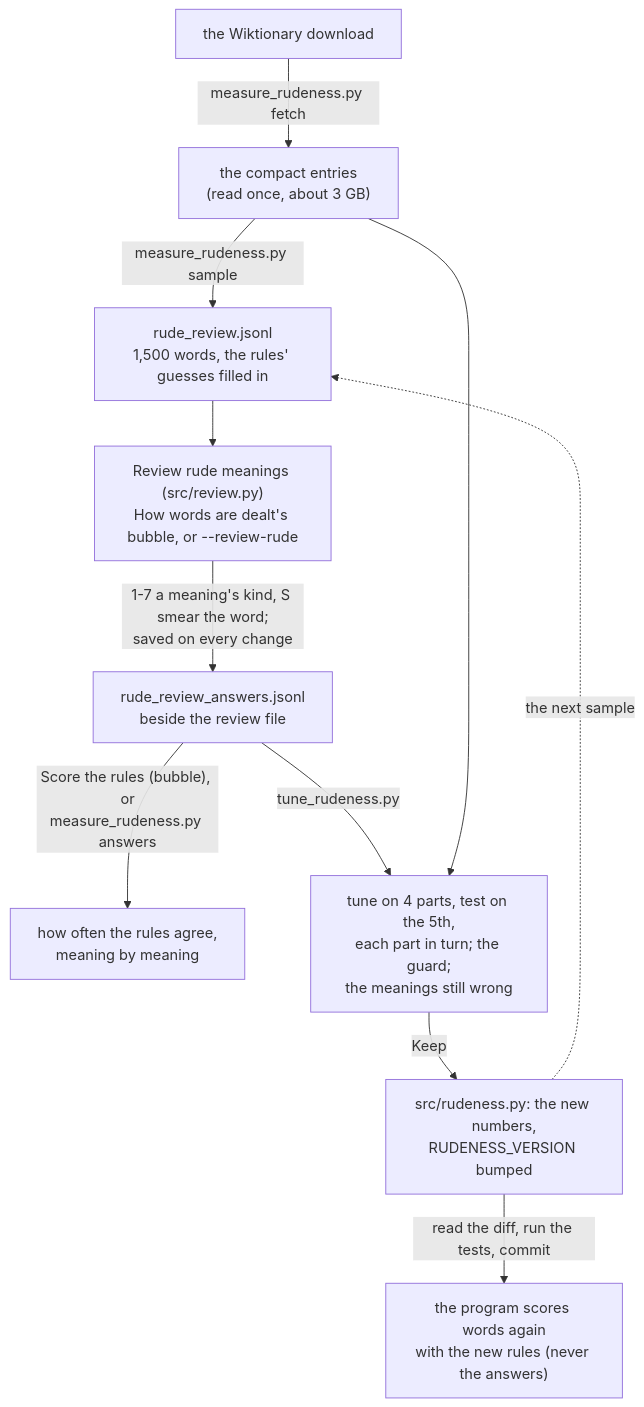
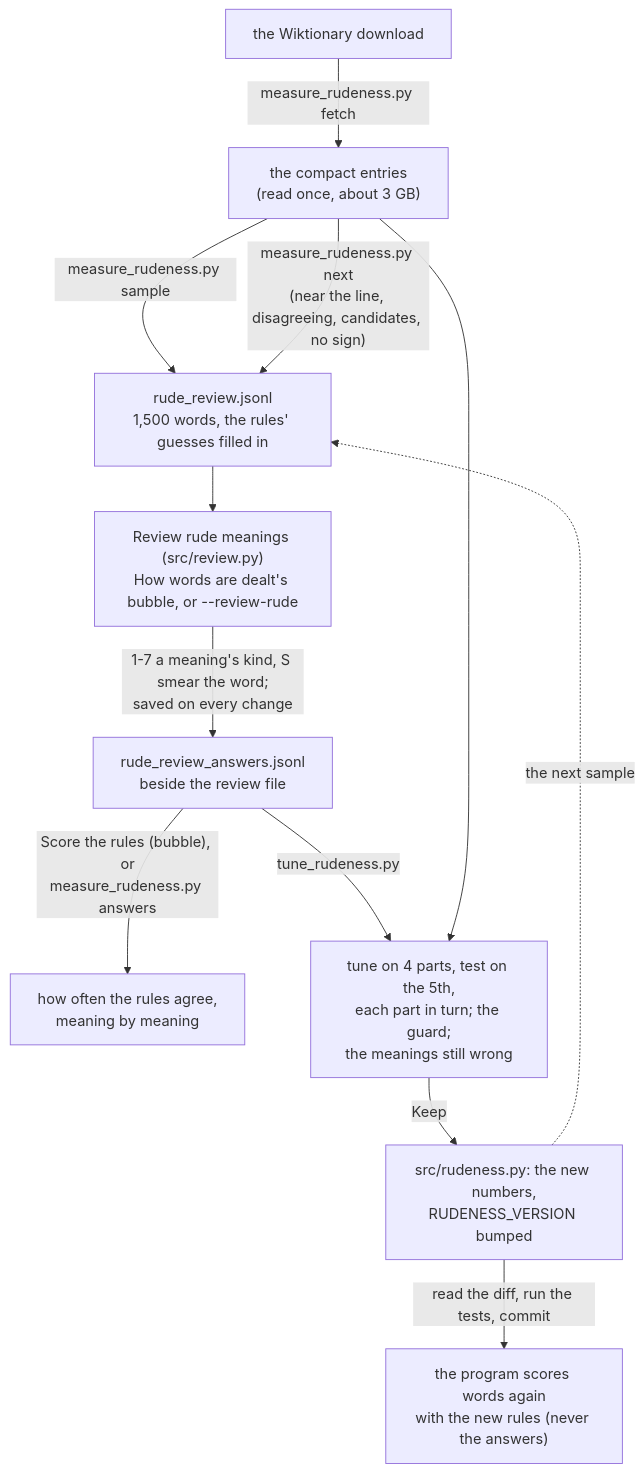
The tenth of 13 diagrams in DEVELOPERS.md (kiva-mccr/Word-Tierlister), drawn with Mermaid before and after one commit. The commit also changed other lines of this file and 8 other files, not shown here.

First line of the commit message:
OB-11: active review, measure_rudeness.py next picks the words that teach the rules most

````diff
--- a/DEVELOPERS.md
+++ b/DEVELOPERS.md
@@ -623,13 +631,14 @@
 ```mermaid
 flowchart TB
     D["the Wiktionary download"] -- "measure_rudeness.py fetch" --> E["the compact entries<br/>(read once, about 3 GB)"]
     E -- "measure_rudeness.py sample" --> RV["rude_review.jsonl<br/>1,500 words, the rules' guesses filled in"]
     RV --> WIN["Review rude meanings (src/review.py)<br/>How words are dealt's bubble, or --review-rude"]
     WIN -- "1-7 a meaning's kind, S smear the word;<br/>saved on every change" --> ANS["rude_review_answers.jsonl<br/>beside the review file"]
     ANS -- "Score the rules (bubble), or<br/>measure_rudeness.py answers" --> SC["how often the rules agree,<br/>meaning by meaning"]
     ANS -- "tune_rudeness.py" --> TU["tune on 4 parts, test on the 5th,<br/>each part in turn; the guard;<br/>the meanings still wrong"]
     E --> TU
     TU -- "Keep" --> RU["src/rudeness.py: the new numbers,<br/>RUDENESS_VERSION bumped"]
     RU -- "read the diff, run the tests, commit" --> PR["the program scores words again<br/>with the new rules (never the answers)"]
     RU -. "the next sample" .-> RV
+    E -- "measure_rudeness.py next<br/>(near the line, disagreeing, candidates, no sign)" --> RV
 ```
````
